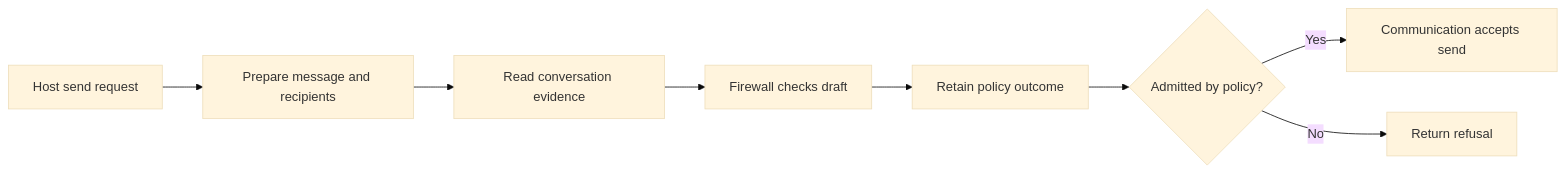
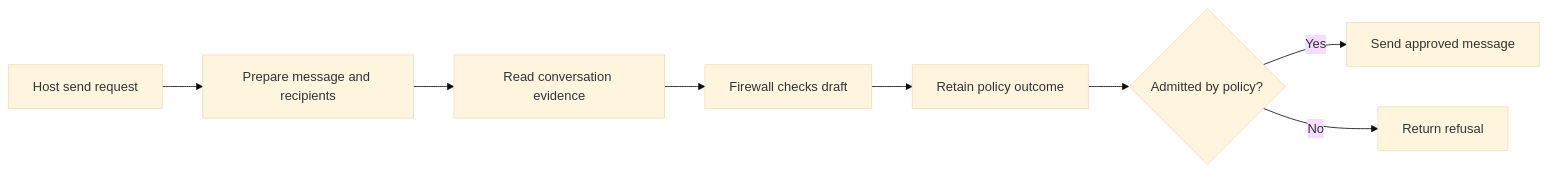
The third of 3 diagrams in packages/social-harness/src/daemon/README.md (social-harness/moltzap), drawn with Mermaid (base theme) before and after one commit. The commit also changed other lines of this file, not shown here.

Commit message:
docs: remove speculative daemon store API and simplify message flows

````diff
--- a/packages/social-harness/src/daemon/README.md
+++ b/packages/social-harness/src/daemon/README.md
@@ -52,10 +46,10 @@
 ```mermaid
 flowchart LR
   A[Host send request] --> B[Prepare message and recipients]
   B --> C[Read conversation evidence]
   C --> D[Firewall checks draft]
   D --> E[Retain policy outcome]
   E --> F{Admitted by policy?}
-  F -->|Yes| G[Communication accepts send]
+  F -->|Yes| G[Send approved message]
   F -->|No| H[Return refusal]
 ```
````
